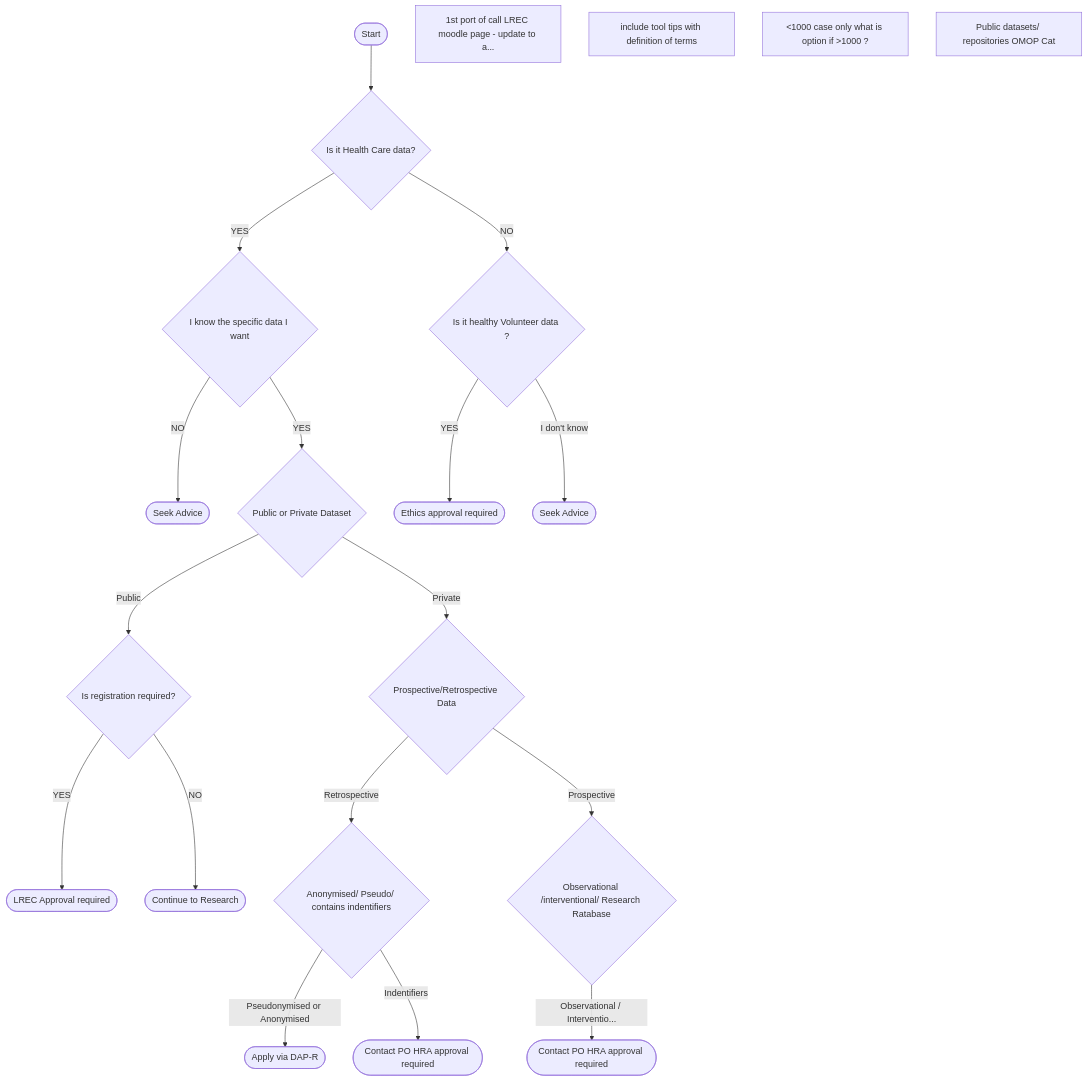
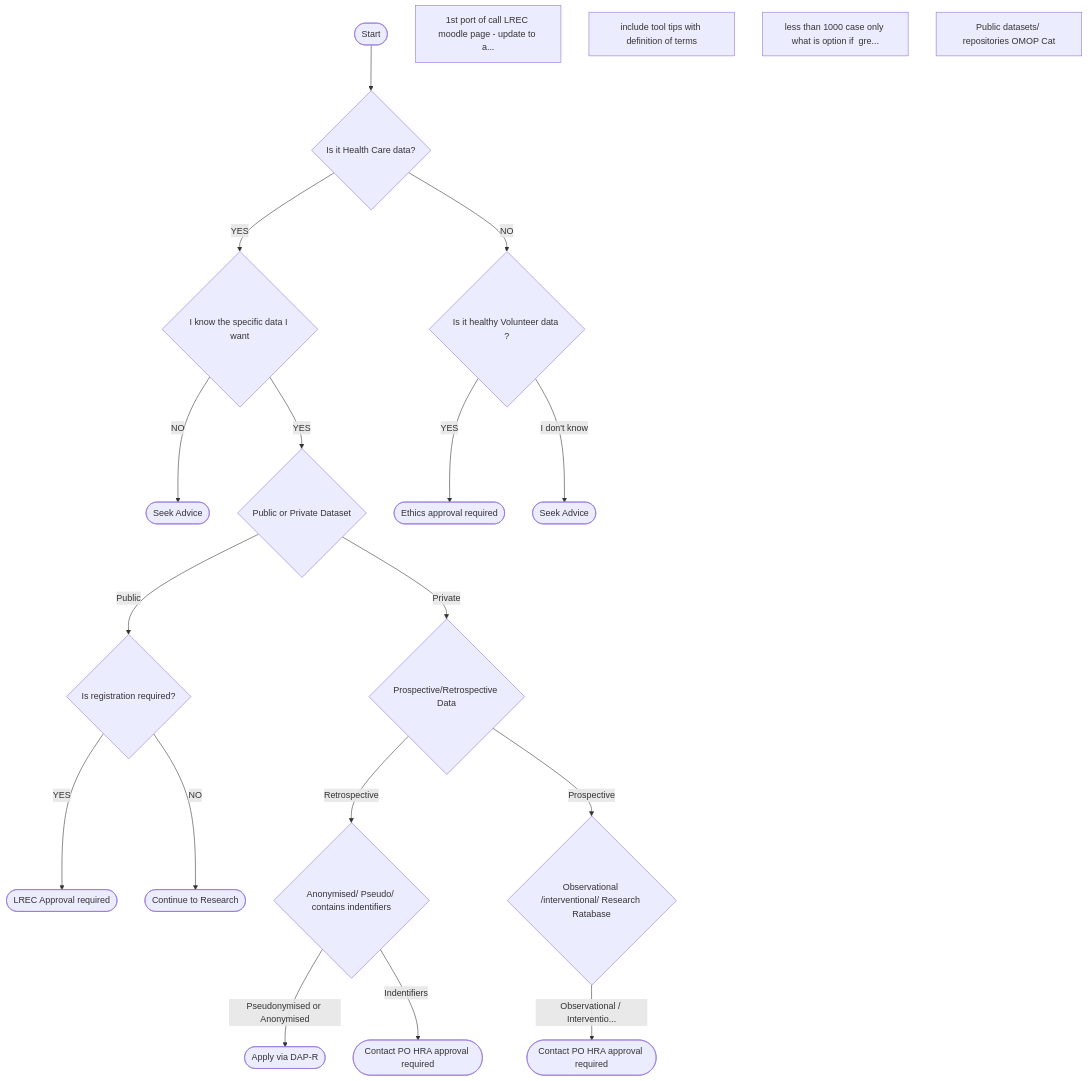
Before and after one commit to Johnnywatts/decision-tree-v3: the diagram in fixed_decision_tree.mmd, drawn with Mermaid. The commit also changed 2 other files, not shown here.

Commit message:
Fix HTML entity rendering in Mermaid decision tree diagrams
Replace HTML entities (&lt;, &gt;) with readable text to ensure proper
Mermaid diagram rendering. Updates both generator logic and output files.

🤖 Generated with [Claude Code](https://claude.ai/code)

```diff
--- a/fixed_decision_tree.mmd
+++ b/fixed_decision_tree.mmd
@@ -1,39 +1,39 @@
 flowchart TD
     N3458764635301875090(["Start"])
     N3458764635301463439{"Is it Health Care data?"}
     N3458764635301463798{"Is it healthy Volunteer data ?"}
     N3458764635301699516{"I know the specific data I want"}
     N3458764635302567244{"Is registration required?"}
     N3458764635302888442(["Continue to Research"])
     N3458764635302990895{"Prospective/Retrospective Data"}
     N3458764635357760287{"Observational /interventional/ Research Ratabase"}
     N3458764635360322378["1st port of call LREC moodle page - update to a..."]
     N3458764635360532325["include tool tips with definition of terms"]
     N3458764635362755501{"Anonymised/ Pseudo/ contains indentifiers"}
     N3458764636358126539{"Public or Private Dataset"}
-    N3458764636360976194["&lt;1000 case only what is option if &gt;1000 ?"]
+    N3458764636360976194["less than 1000 case only what is option if  gre..."]
     N3458764636474796545(["Apply via DAP-R"])
     N3458764636474951140(["Contact PO HRA approval required"])
     N3458764636474951421(["Contact PO HRA approval required"])
     N3458764636474951443(["Seek Advice"])
     N3458764636475175178(["Seek Advice"])
     N3458764636475175262(["LREC Approval required"])
     N3458764636475175411(["Ethics approval required"])
     N3458764636476313931["Public datasets/ repositories OMOP Cat"]
 
     N3458764635302567244 -->|"YES"| N3458764636475175262
     N3458764635302567244 -->|"NO"| N3458764635302888442
     N3458764635302990895 -->|"Retrospective"| N3458764635362755501
     N3458764636358126539 -->|"Public"| N3458764635302567244
     N3458764635302990895 -->|"Prospective"| N3458764635357760287
     N3458764635357760287 -->|"Observational / Interventio..."| N3458764636474951421
     N3458764635362755501 -->|"Pseudonymised or Anonymised"| N3458764636474796545
     N3458764635301463798 -->|"YES"| N3458764636475175411
     N3458764635301699516 -->|"NO"| N3458764636475175178
     N3458764635301875090 --> N3458764635301463439
     N3458764635301463439 -->|"YES"| N3458764635301699516
     N3458764635301699516 -->|"YES"| N3458764636358126539
     N3458764636358126539 -->|"Private"| N3458764635302990895
     N3458764635362755501 -->|"Indentifiers"| N3458764636474951140
     N3458764635301463439 -->|"NO"| N3458764635301463798
     N3458764635301463798 -->|"I don't know"| N3458764636474951443
```
